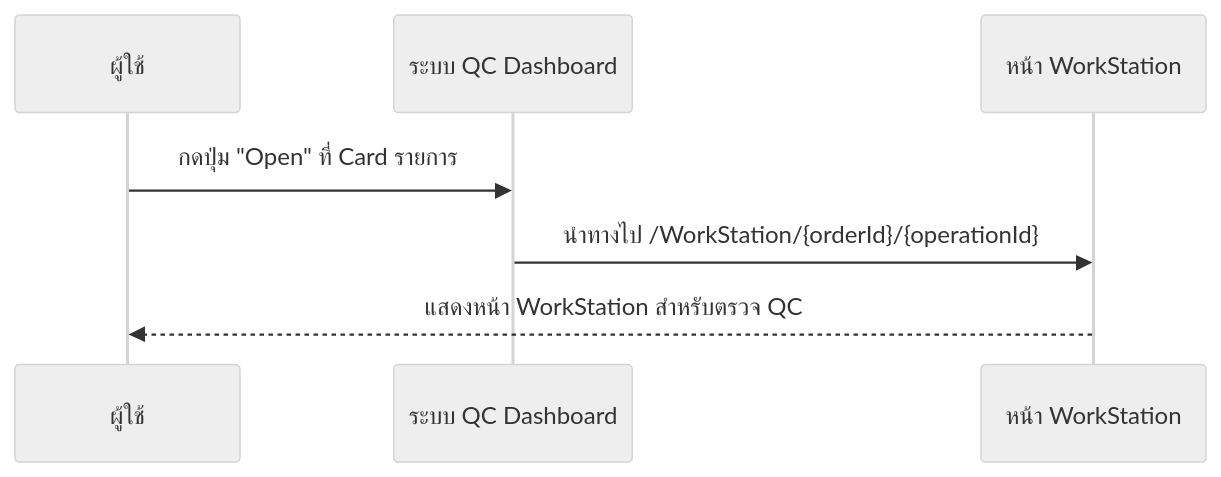
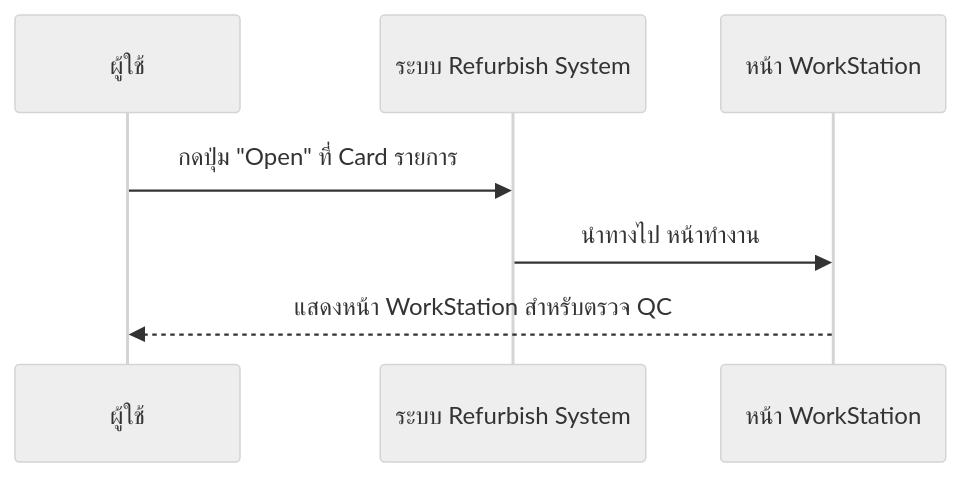
One commit to akkdach/pro-iot-mobile changed the fourth of 4 diagrams in docs/DashboardQC_SequenceDiagram.md. Above: the diagram before and after it, drawn with Mermaid (neutral theme). The commit also changed other lines of this file and 10 other files, not shown here.

````diff
--- a/docs/DashboardQC_SequenceDiagram.md
+++ b/docs/DashboardQC_SequenceDiagram.md
@@ -52,10 +52,10 @@
 ```mermaid
 sequenceDiagram
     participant U as ผู้ใช้
-    participant QC as ระบบ QC Dashboard
+    participant QC as ระบบ Refurbish System
     participant WS as หน้า WorkStation
 
     U->>QC: กดปุ่ม "Open" ที่ Card รายการ
-    QC->>WS: นำทางไป /WorkStation/{orderId}/{operationId}
+    QC->>WS: นำทางไป หน้าทำงาน
     WS-->>U: แสดงหน้า WorkStation สำหรับตรวจ QC
 ```
````
